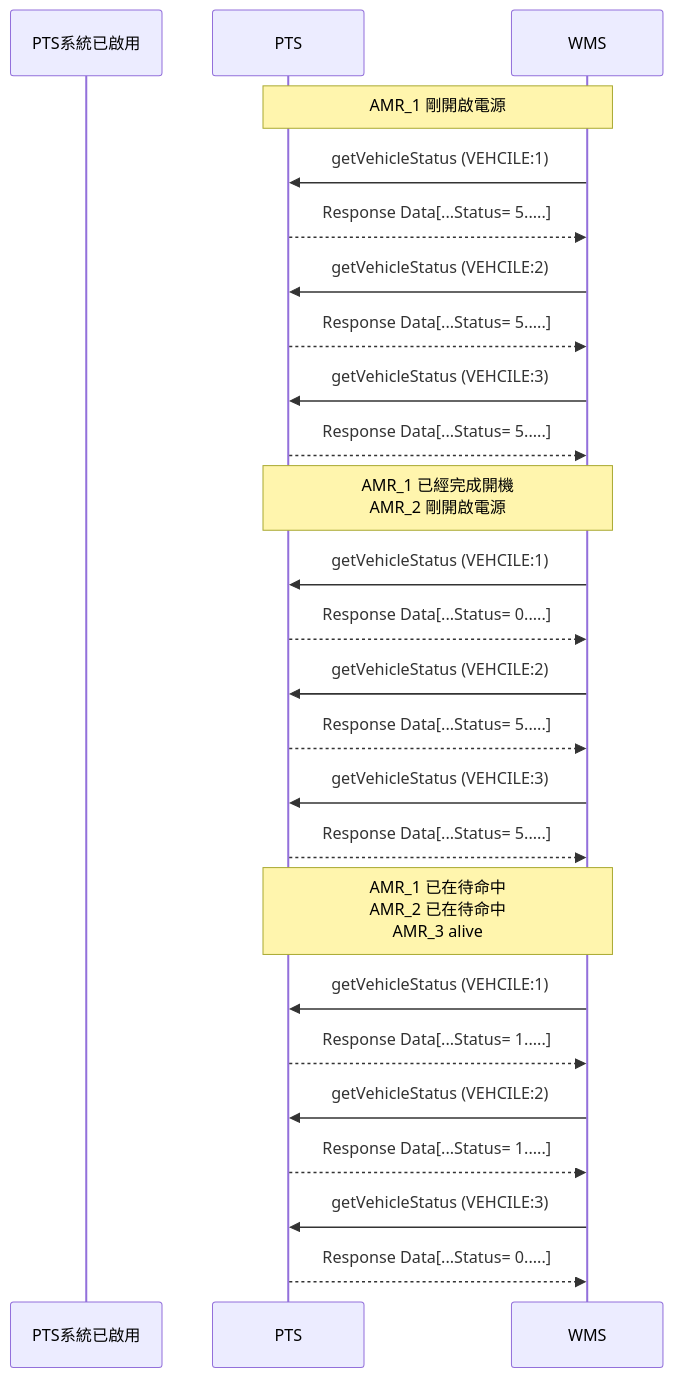
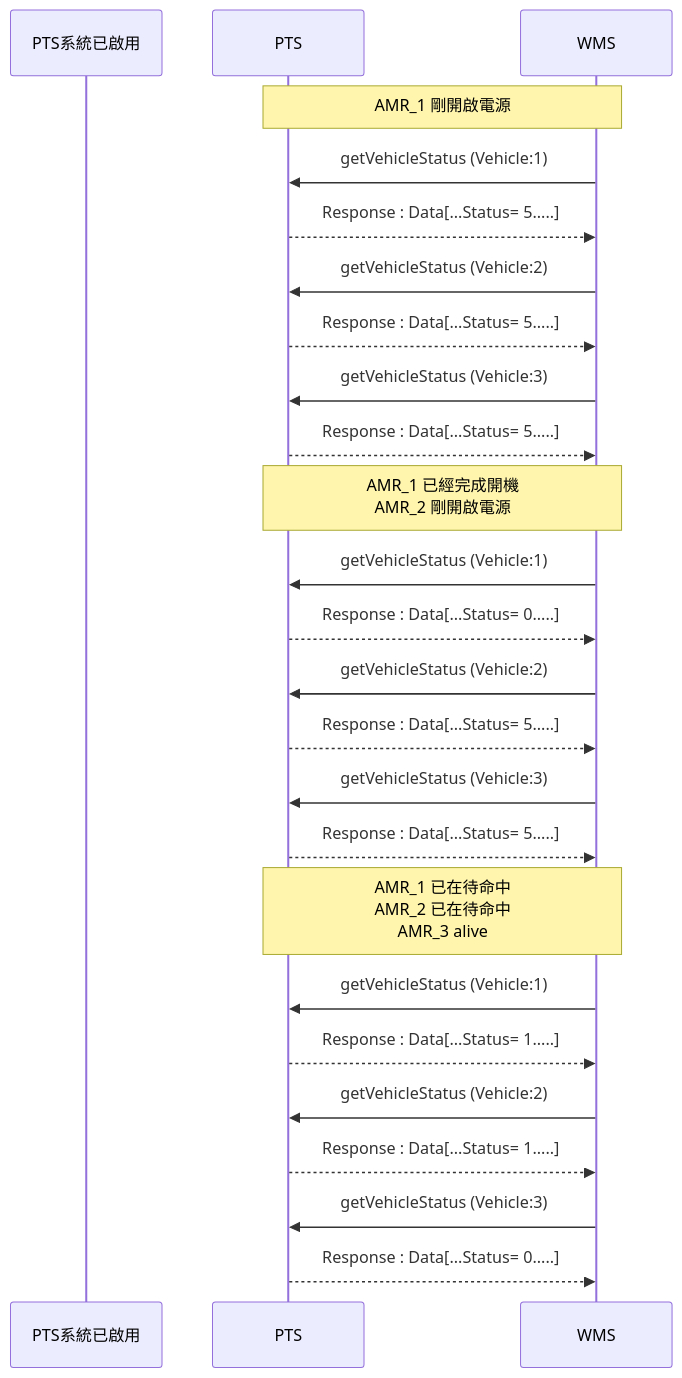
One commit to athena-tircgo/amr-wms-lsj changed the fifth of 9 diagrams in README.md. Above: the diagram before and after it, drawn with Mermaid. The commit also changed other lines of this file, not shown here.

````diff
--- a/README.md
+++ b/README.md
@@ -335,32 +335,32 @@
 ```mermaid
 sequenceDiagram
     participant PTS系統已啟用
     participant PTS
     participant WMS
 
     note over PTS,WMS: AMR_1 剛開啟電源
-        WMS->>PTS:getVehicleStatus (VEHCILE:1)
-        PTS-->>WMS:Response Data[...Status= 5.....]
-        WMS->>PTS:getVehicleStatus (VEHCILE:2)
-        PTS-->>WMS:Response  Data[...Status= 5.....]
-        WMS->>PTS:getVehicleStatus (VEHCILE:3)
-        PTS-->>WMS:Response  Data[...Status= 5.....]
+        WMS->>PTS:getVehicleStatus (Vehicle:1)
+        PTS-->>WMS:Response : Data[...Status= 5.....]
+        WMS->>PTS:getVehicleStatus (Vehicle:2)
+        PTS-->>WMS:Response : Data[...Status= 5.....]
+        WMS->>PTS:getVehicleStatus (Vehicle:3)
+        PTS-->>WMS:Response : Data[...Status= 5.....]
 
     note over PTS,WMS: AMR_1 已經完成開機<br>AMR_2 剛開啟電源
-        WMS->>PTS:getVehicleStatus (VEHCILE:1)
-        PTS-->>WMS:Response Data[...Status= 0.....]
-        WMS->>PTS:getVehicleStatus (VEHCILE:2)
-        PTS-->>WMS:Response  Data[...Status= 5.....]
-        WMS->>PTS:getVehicleStatus (VEHCILE:3)
-        PTS-->>WMS:Response  Data[...Status= 5.....]
+        WMS->>PTS:getVehicleStatus (Vehicle:1)
+        PTS-->>WMS:Response : Data[...Status= 0.....]
+        WMS->>PTS:getVehicleStatus (Vehicle:2)
+        PTS-->>WMS:Response : Data[...Status= 5.....]
+        WMS->>PTS:getVehicleStatus (Vehicle:3)
+        PTS-->>WMS:Response : Data[...Status= 5.....]
 
  　　note over PTS,WMS: AMR_1 已在待命中<br>AMR_2 已在待命中<br>AMR_3 alive
-        WMS->>PTS:getVehicleStatus (VEHCILE:1)
-        PTS-->>WMS:Response Data[...Status= 1.....]
-        WMS->>PTS:getVehicleStatus (VEHCILE:2)
-        PTS-->>WMS:Response  Data[...Status= 1.....]
-        WMS->>PTS:getVehicleStatus (VEHCILE:3)
-        PTS-->>WMS:Response  Data[...Status= 0.....]
+        WMS->>PTS:getVehicleStatus (Vehicle:1)
+        PTS-->>WMS:Response : Data[...Status= 1.....]
+        WMS->>PTS:getVehicleStatus (Vehicle:2)
+        PTS-->>WMS:Response : Data[...Status= 1.....]
+        WMS->>PTS:getVehicleStatus (Vehicle:3)
+        PTS-->>WMS:Response : Data[...Status= 0.....]
 
 
 ```
````
